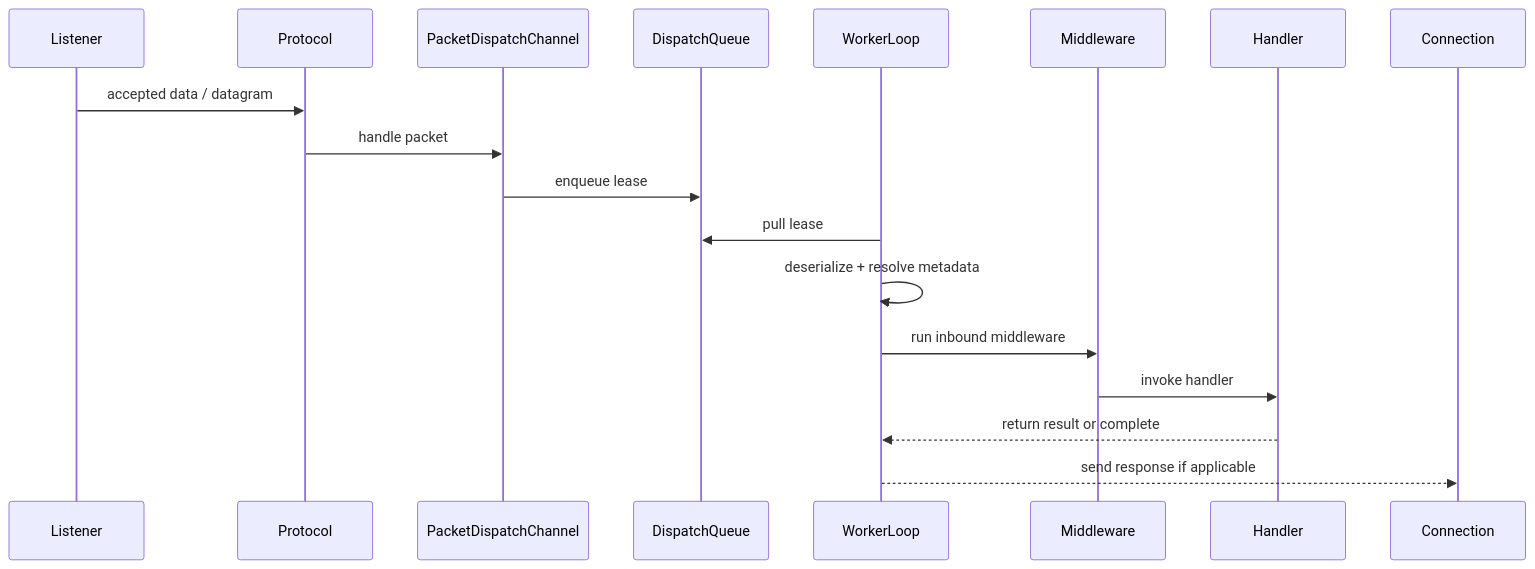
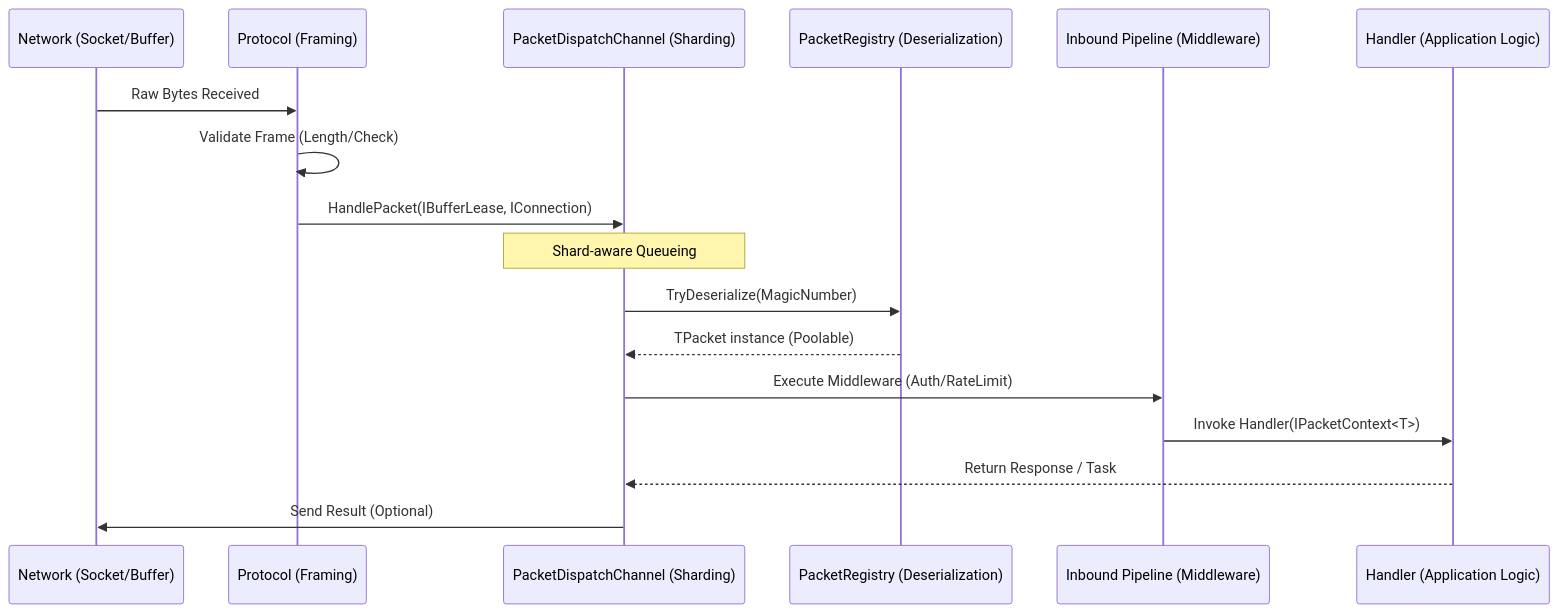
The third of 3 diagrams in docs/concepts/architecture.md (ppn-systems/Nalix), drawn with Mermaid before and after one commit. The commit also changed other lines of this file and 27 other files, not shown here.

First line of the commit message:
bug: packet handler dispatch support (#51)

````diff
--- a/docs/concepts/architecture.md
+++ b/docs/concepts/architecture.md
@@ -91,21 +43,20 @@
 ```mermaid
 sequenceDiagram
-    participant L as Listener
-    participant P as Protocol
-    participant D as PacketDispatchChannel
-    participant Q as DispatchQueue
-    participant W as WorkerLoop
-    participant M as Middleware
-    participant H as Handler
-    participant C as Connection
+    participant Net as Network (Socket/Buffer)
+    participant Prot as Protocol (Framing)
+    participant Disp as PacketDispatchChannel (Sharding)
+    participant Reg as PacketRegistry (Deserialization)
+    participant Pipe as Inbound Pipeline (Middleware)
+    participant Hand as Handler (Application Logic)
 
-    L->>P: accepted data / datagram
-    P->>D: handle packet
-    D->>Q: enqueue lease
-    W->>Q: pull lease
-    W->>W: deserialize + resolve metadata
-    W->>M: run inbound middleware
-    M->>H: invoke handler
-    H-->>W: return result or complete
-    W-->>C: send response if applicable
+    Net->>Prot: Raw Bytes Received
+    Prot->>Prot: Validate Frame (Length/Check)
+    Prot->>Disp: HandlePacket(IBufferLease, IConnection)
+    Note over Disp: Shard-aware Queueing
+    Disp->>Reg: TryDeserialize(MagicNumber)
+    Reg-->>Disp: TPacket instance (Poolable)
+    Disp->>Pipe: Execute Middleware (Auth/RateLimit)
+    Pipe->>Hand: Invoke Handler(IPacketContext<T>)
+    Hand-->>Disp: Return Response / Task
+    Disp->>Net: Send Result (Optional)
 ```
````
